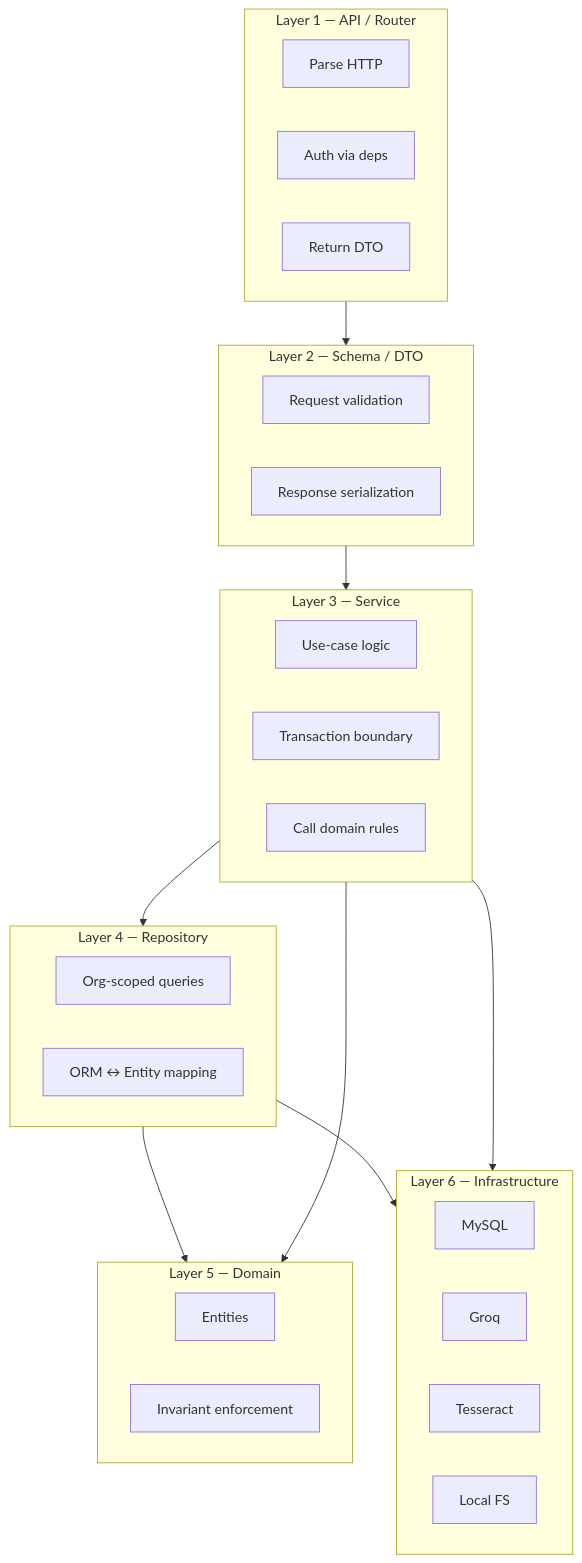
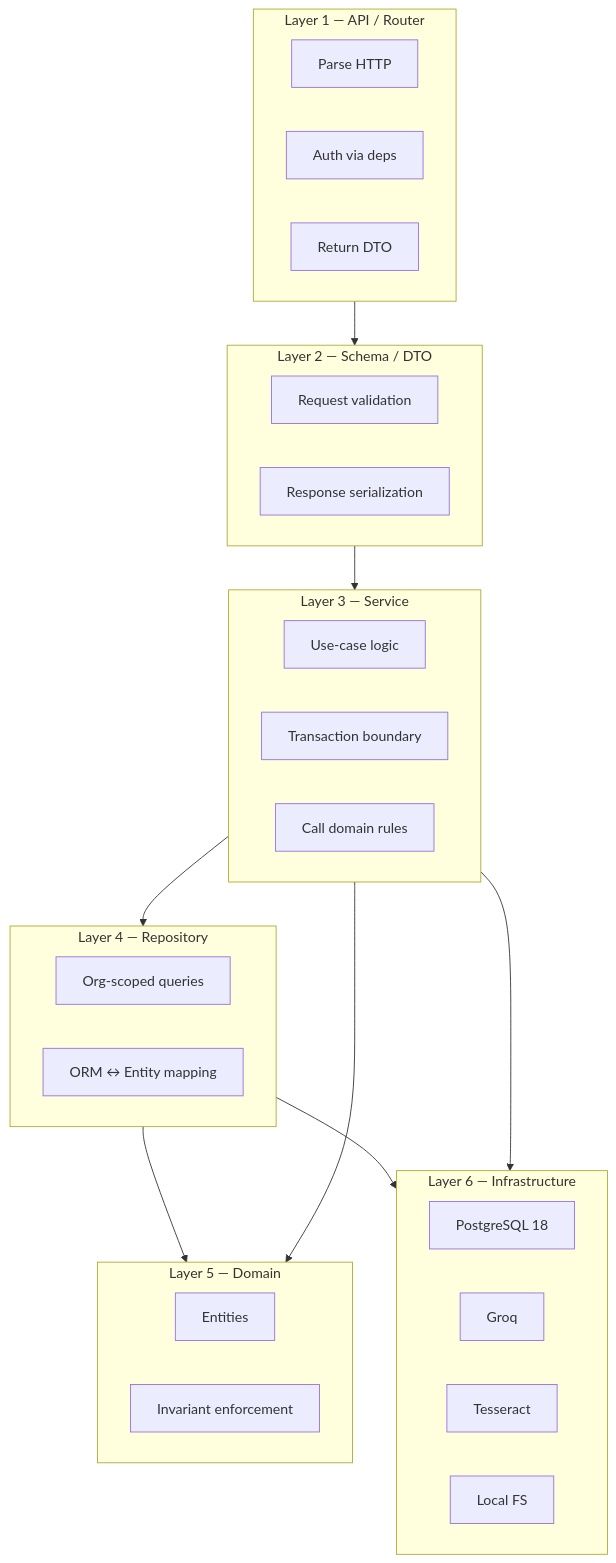
The fourth of 21 diagrams in docs/PHASE_2_SYSTEM_DESIGN.md (abhishekraaut/FAST-API), drawn with Mermaid before and after one commit. The commit also changed other lines of this file and 11 other files, not shown here.

````diff
--- a/docs/PHASE_2_SYSTEM_DESIGN.md
+++ b/docs/PHASE_2_SYSTEM_DESIGN.md
@@ -307,47 +307,47 @@
 ```mermaid
 flowchart TB
     subgraph L1["Layer 1 — API / Router"]
         direction LR
         A1[Parse HTTP]
         A2[Auth via deps]
         A3[Return DTO]
     end
 
     subgraph L2["Layer 2 — Schema / DTO"]
         direction LR
         B1[Request validation]
         B2[Response serialization]
     end
 
     subgraph L3["Layer 3 — Service"]
         direction LR
         C1[Use-case logic]
         C2[Transaction boundary]
         C3[Call domain rules]
     end
 
     subgraph L4["Layer 4 — Repository"]
         direction LR
         D1[Org-scoped queries]
         D2[ORM ↔ Entity mapping]
     end
 
     subgraph L5["Layer 5 — Domain"]
         direction LR
         E1[Entities]
         E2[Invariant enforcement]
     end
 
     subgraph L6["Layer 6 — Infrastructure"]
         direction LR
-        F1[MySQL]
+        F1[PostgreSQL 18]
         F2[Groq]
         F3[Tesseract]
         F4[Local FS]
     end
 
     L1 --> L2 --> L3 --> L4 --> L5
     L3 --> L5
     L4 --> L6
     L3 --> L6
 ```
````
